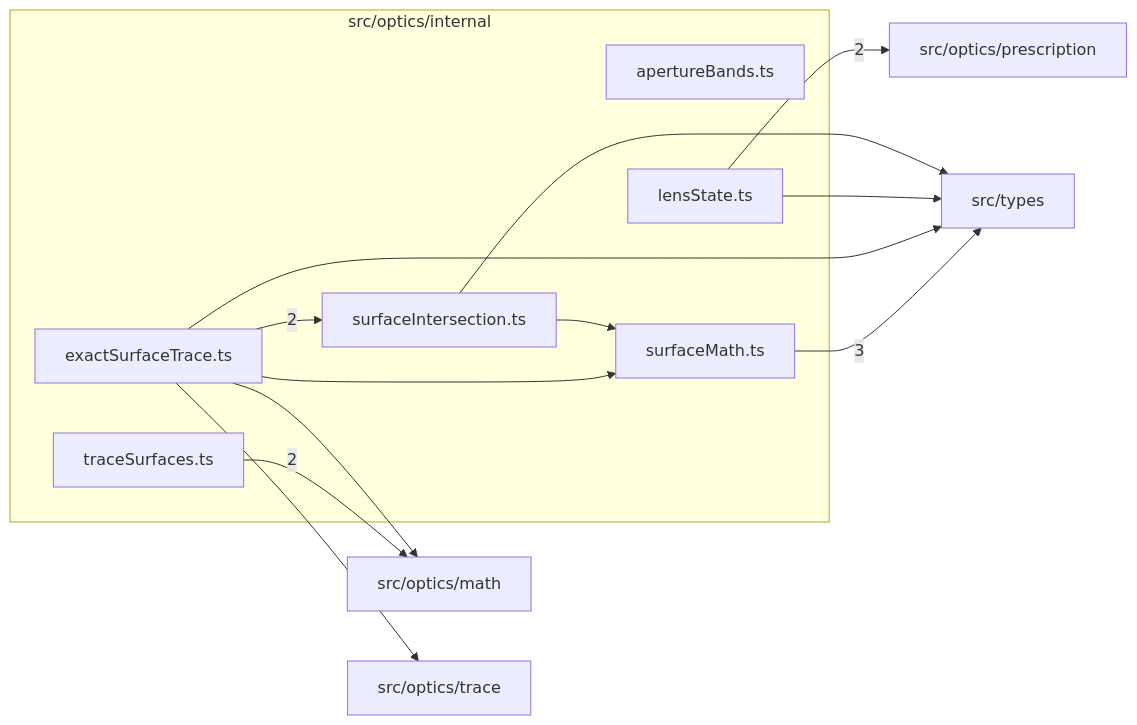
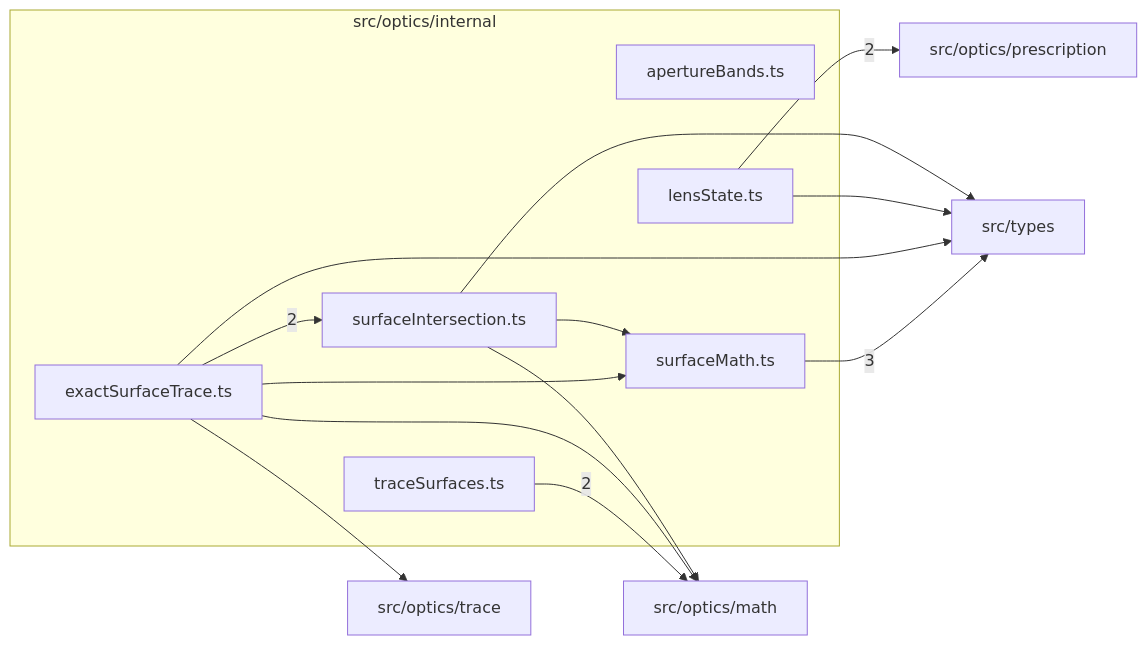
Before and after one commit to ronbuening/LensVisualizer: the diagram in src/optics/internal/readme.md, drawn with Mermaid. The commit also changed other lines of this file and 18 other files, not shown here.

Commit message:
refactor(optics): share interpolation and bounded intersection kernels

````diff
--- a/src/optics/internal/readme.md
+++ b/src/optics/internal/readme.md
@@ -9,26 +9,27 @@
 ```mermaid
 flowchart LR
   subgraph n_src_optics_internal["src/optics/internal"]
     n_src_optics_internal_src_optics_internal_apertureBands_ts["apertureBands.ts"]
     n_src_optics_internal_src_optics_internal_exactSurfaceTrace_ts["exactSurfaceTrace.ts"]
     n_src_optics_internal_src_optics_internal_lensState_ts["lensState.ts"]
     n_src_optics_internal_src_optics_internal_surfaceIntersection_ts["surfaceIntersection.ts"]
     n_src_optics_internal_src_optics_internal_surfaceMath_ts["surfaceMath.ts"]
     n_src_optics_internal_src_optics_internal_traceSurfaces_ts["traceSurfaces.ts"]
   end
   n_external_src_types["src/types"]
   n_external_src_optics_math["src/optics/math"]
   n_external_src_optics_prescription["src/optics/prescription"]
   n_external_src_optics_trace["src/optics/trace"]
   n_src_optics_internal_src_optics_internal_surfaceMath_ts --> |3| n_external_src_types
   n_src_optics_internal_src_optics_internal_traceSurfaces_ts --> |2| n_external_src_optics_math
   n_src_optics_internal_src_optics_internal_lensState_ts --> |2| n_external_src_optics_prescription
   n_src_optics_internal_src_optics_internal_exactSurfaceTrace_ts --> |2| n_src_optics_internal_src_optics_internal_surfaceIntersection_ts
   n_src_optics_internal_src_optics_internal_exactSurfaceTrace_ts --> n_external_src_optics_math
+  n_src_optics_internal_src_optics_internal_surfaceIntersection_ts --> n_external_src_optics_math
   n_src_optics_internal_src_optics_internal_exactSurfaceTrace_ts --> n_external_src_optics_trace
   n_src_optics_internal_src_optics_internal_exactSurfaceTrace_ts --> n_external_src_types
   n_src_optics_internal_src_optics_internal_lensState_ts --> n_external_src_types
   n_src_optics_internal_src_optics_internal_surfaceIntersection_ts --> n_external_src_types
   n_src_optics_internal_src_optics_internal_exactSurfaceTrace_ts --> n_src_optics_internal_src_optics_internal_surfaceMath_ts
   n_src_optics_internal_src_optics_internal_surfaceIntersection_ts --> n_src_optics_internal_src_optics_internal_surfaceMath_ts
 ```
````
